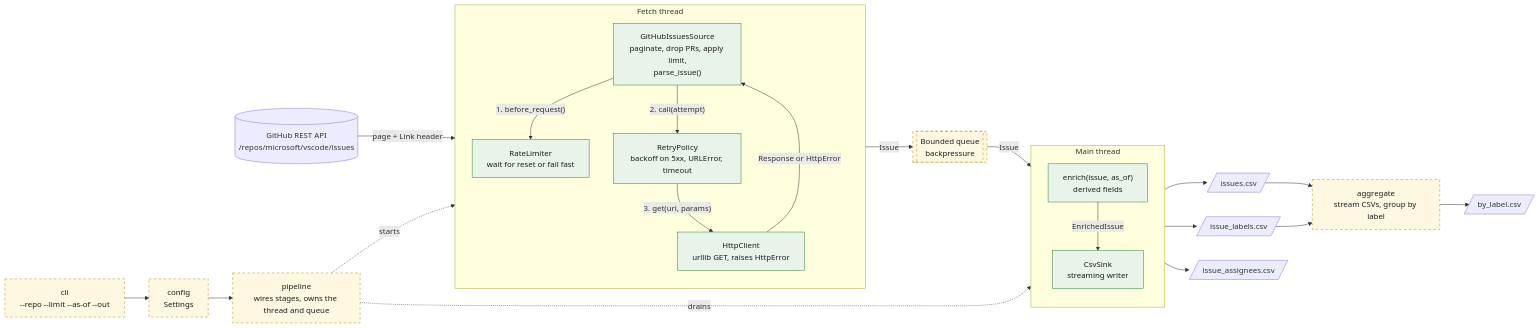
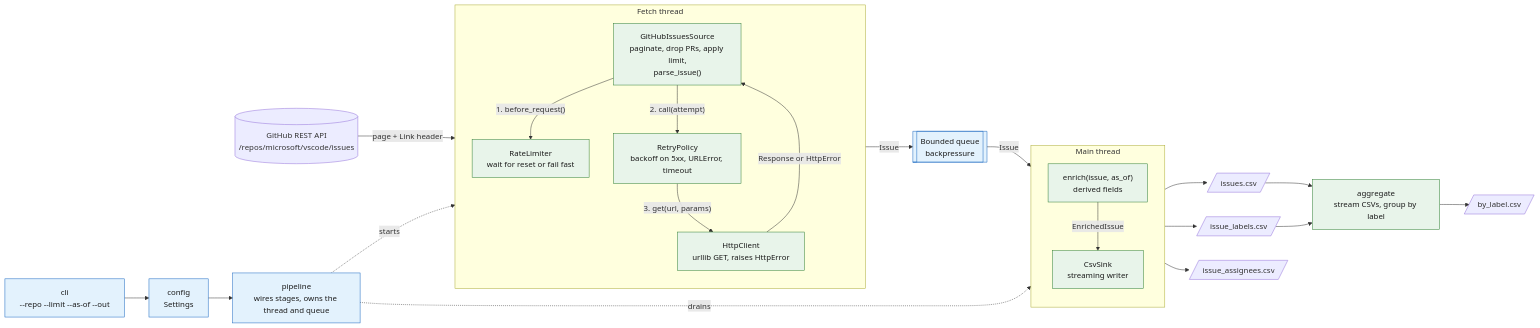
Before and after one commit to eladgazit/issueflow: the diagram in README.md, drawn with Mermaid. The commit also changed other lines of this file and 10 other files, not shown here.

````diff
--- a/README.md
+++ b/README.md
@@ -21,54 +21,54 @@
 ```mermaid
 flowchart LR
     API[("GitHub REST API<br/>/repos/microsoft/vscode/issues")]
 
     subgraph FETCH["Fetch thread"]
         direction TB
         SRC["GitHubIssuesSource<br/>paginate, drop PRs, apply limit,<br/>parse_issue()"]
         LIM["RateLimiter<br/>wait for reset or fail fast"]
         RET["RetryPolicy<br/>backoff on 5xx, URLError, timeout"]
         HTTP["HttpClient<br/>urllib GET, raises HttpError"]
         SRC -->|"1. before_request()"| LIM
         SRC -->|"2. call(attempt)"| RET
         RET -->|"3. get(url, params)"| HTTP
     end
 
     Q[["Bounded queue<br/>backpressure"]]
 
     subgraph MAIN["Main thread"]
         direction TB
         ENR["enrich(issue, as_of)<br/>derived fields"]
         SINK["CsvSink<br/>streaming writer"]
         ENR -->|"EnrichedIssue"| SINK
     end
 
     OUT1[/"issues.csv"/]
     OUT2[/"issue_labels.csv"/]
     OUT3[/"issue_assignees.csv"/]
     AGG["aggregate<br/>stream CSVs, group by label"]
     BY[/"by_label.csv"/]
 
     CLI["cli<br/>--repo --limit --as-of --out"]
     CFG["config<br/>Settings"]
     PIPE["pipeline<br/>wires stages, owns the thread and queue"]
 
     API -->|"page + Link header"| HTTP
     HTTP -->|"Response or HttpError"| SRC
     SRC -->|"Issue"| Q
     Q -->|"Issue"| ENR
     SINK --> OUT1
     SINK --> OUT2
     SINK --> OUT3
     OUT1 --> AGG
     OUT2 --> AGG
     AGG --> BY
 
     CLI --> CFG --> PIPE
     PIPE -.->|"starts"| FETCH
     PIPE -.->|"drains"| MAIN
 
-    classDef built fill:#e8f4ea,stroke:#2e7d32,color:#1b1b1b;
-    classDef planned fill:#fff8e1,stroke:#b28704,color:#1b1b1b,stroke-dasharray: 5 5;
-    class SRC,LIM,RET,HTTP,ENR,SINK built;
-    class Q,AGG,CLI,CFG,PIPE planned;
+    classDef stage fill:#e8f4ea,stroke:#2e7d32,color:#1b1b1b;
+    classDef glue fill:#e3f2fd,stroke:#1565c0,color:#1b1b1b;
+    class SRC,LIM,RET,HTTP,ENR,SINK,AGG stage;
+    class Q,CLI,CFG,PIPE glue;
 ```
````
